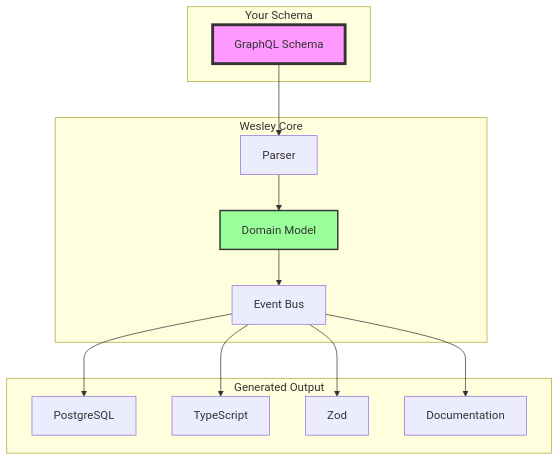
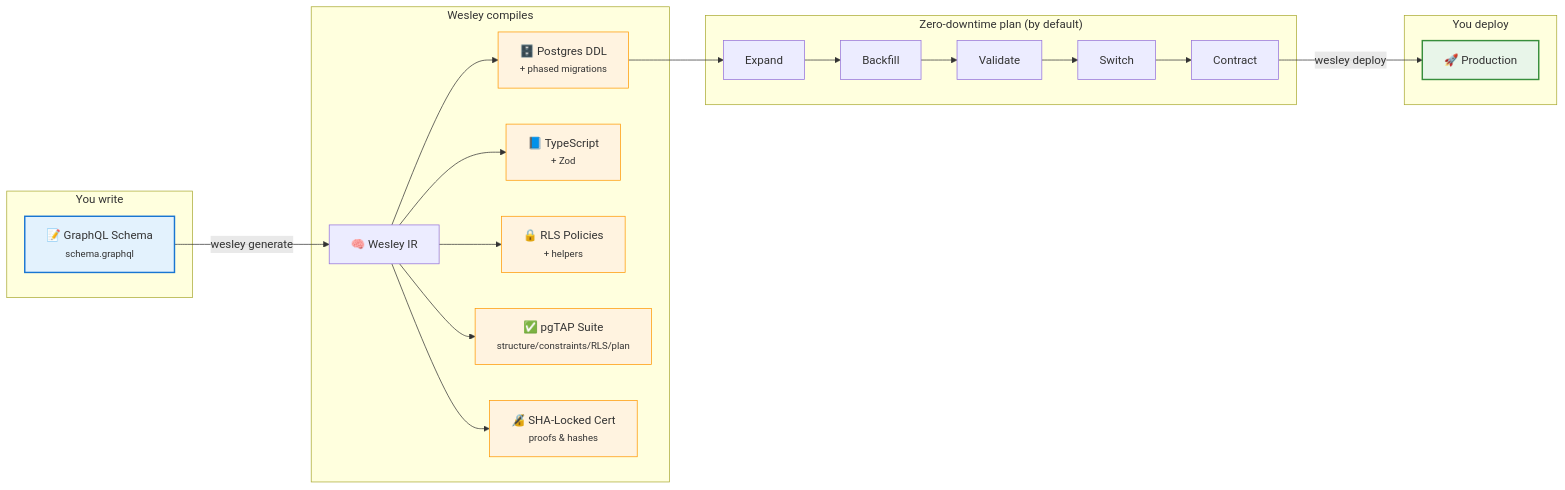
One commit to flyingrobots/wesley changed the diagram in README.md. Above: the diagram before and after it, drawn with Mermaid. The commit also changed other lines of this file, not shown here.

First line of the commit message:
docs: Update README with Wesley overview and workflow

````diff
--- a/README.md
+++ b/README.md
@@ -92,30 +16,43 @@
 ```mermaid
-graph TB
-    subgraph "Your Schema"
-        GraphQL[GraphQL Schema]
+flowchart LR
+    subgraph YOU["You write"]
+      GQL["📝 GraphQL Schema<br/><small>schema.graphql</small>"]
     end
-    
-    subgraph "Wesley Core"
-        Parser[Parser]
-        Domain[Domain Model]
-        Events[Event Bus]
+
+    subgraph WES["Wesley compiles"]
+      IR["🧠 Wesley IR"]
+      SQL["🗄️ Postgres DDL<br/><small>+ phased migrations</small>"]
+      TS["📘 TypeScript<br/><small>+ Zod</small>"]
+      RLS["🔒 RLS Policies<br/><small>+ helpers</small>"]
+      TEST["✅ pgTAP Suite<br/><small>structure/constraints/RLS/plan</small>"]
+      CERT["🔏 SHA-Locked Cert<br/><small>proofs & hashes</small>"]
     end
-    
-    subgraph "Generated Output"
-        SQL[PostgreSQL]
-        TS[TypeScript]
-        Zod[Zod]
-        Docs[Documentation]
+
+    subgraph PLAN["Zero-downtime plan (by default)"]
+      EXP[Expand]
+      BKG[Backfill]
+      VAL[Validate]
+      SWT[Switch]
+      CTR[Contract]
     end
-    
-    GraphQL --> Parser
-    Parser --> Domain
-    Domain --> Events
-    Events --> SQL
-    Events --> TS
-    Events --> Zod
-    Events --> Docs
-    
-    style GraphQL fill:#f9f,stroke:#333,stroke-width:4px
-    style Domain fill:#9f9,stroke:#333,stroke-width:2px
+
+    subgraph PROD["You deploy"]
+      DEP["🚀 Production"]
+    end
+
+    GQL -->|"wesley generate"| IR
+    IR --> SQL
+    IR --> TS
+    IR --> RLS
+    IR --> TEST
+    IR --> CERT
+
+    SQL --> EXP --> BKG --> VAL --> SWT --> CTR -->|"wesley deploy"| DEP
+
+    classDef p1 fill:#e3f2fd,stroke:#1976d2,stroke-width:2px
+    classDef p2 fill:#fff3e0,stroke:#ff9800
+    classDef p3 fill:#e8f5e9,stroke:#388e3c,stroke-width:2px
+    class GQL p1
+    class SQL,TS,RLS,TEST,CERT p2
+    class DEP p3
 ```
````
